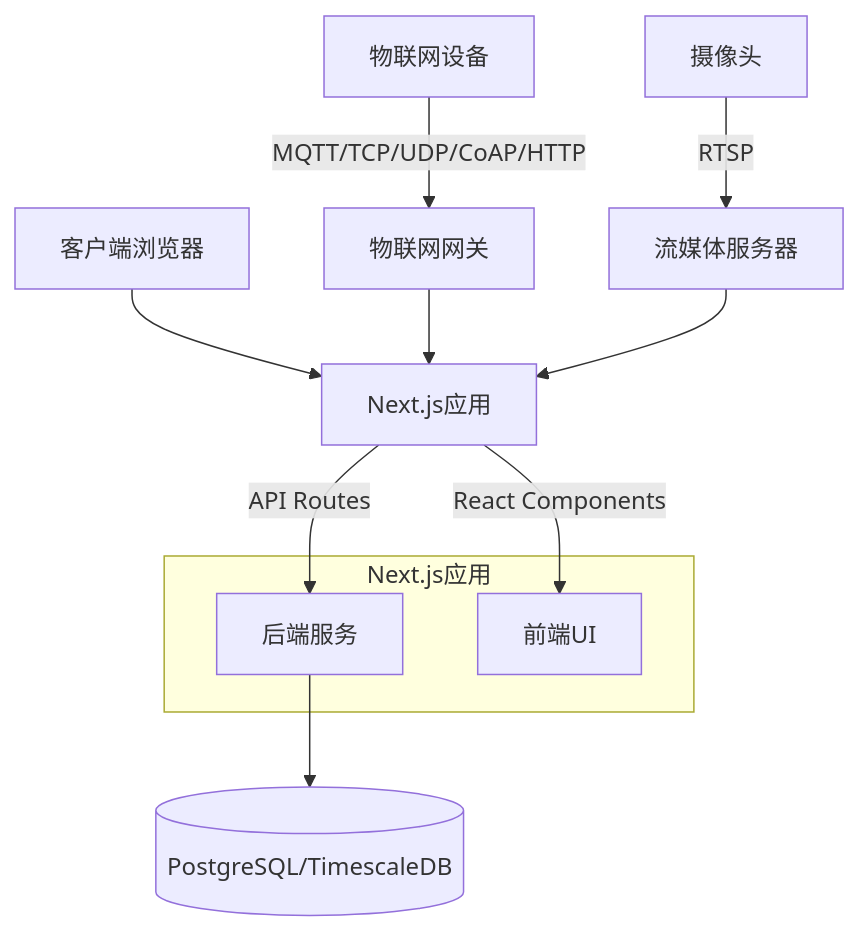
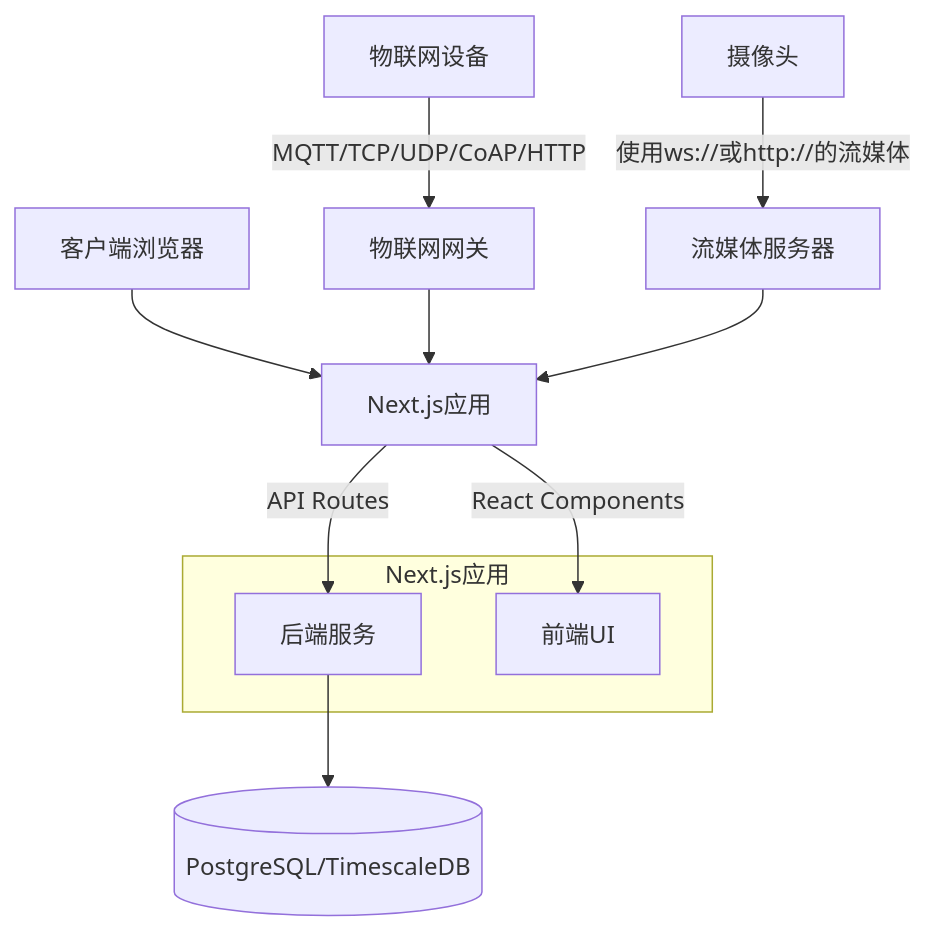
One commit to Zhangshuokai/iot_nodered_rtmp_rtsp changed the first of 3 diagrams in document/技术方案设计.md. Above: the diagram before and after it, drawn with Mermaid. The commit also changed other lines of this file and 2 other files, not shown here.

````diff
--- a/document/技术方案设计.md
+++ b/document/技术方案设计.md
@@ -76,20 +76,20 @@
 ```mermaid
 graph TD
     Client[客户端浏览器] --> NextJS[Next.js应用]
     IoTDevices[物联网设备] --> |MQTT/TCP/UDP/CoAP/HTTP| IoTGateway[物联网网关]
-    Cameras[摄像头] --> |RTSP| StreamServer[流媒体服务器]
+    Cameras[摄像头] --> |使用ws://或http://的流媒体| StreamServer[流媒体服务器]
     
     IoTGateway --> NextJS
     StreamServer --> NextJS
     
     NextJS --> |API Routes| BackendServices[后端服务]
     NextJS --> |React Components| FrontendUI[前端UI]
     
     BackendServices --> Database[(PostgreSQL/TimescaleDB)]
 
     
     subgraph "Next.js应用"
         FrontendUI
         BackendServices
     end
 ```
````
